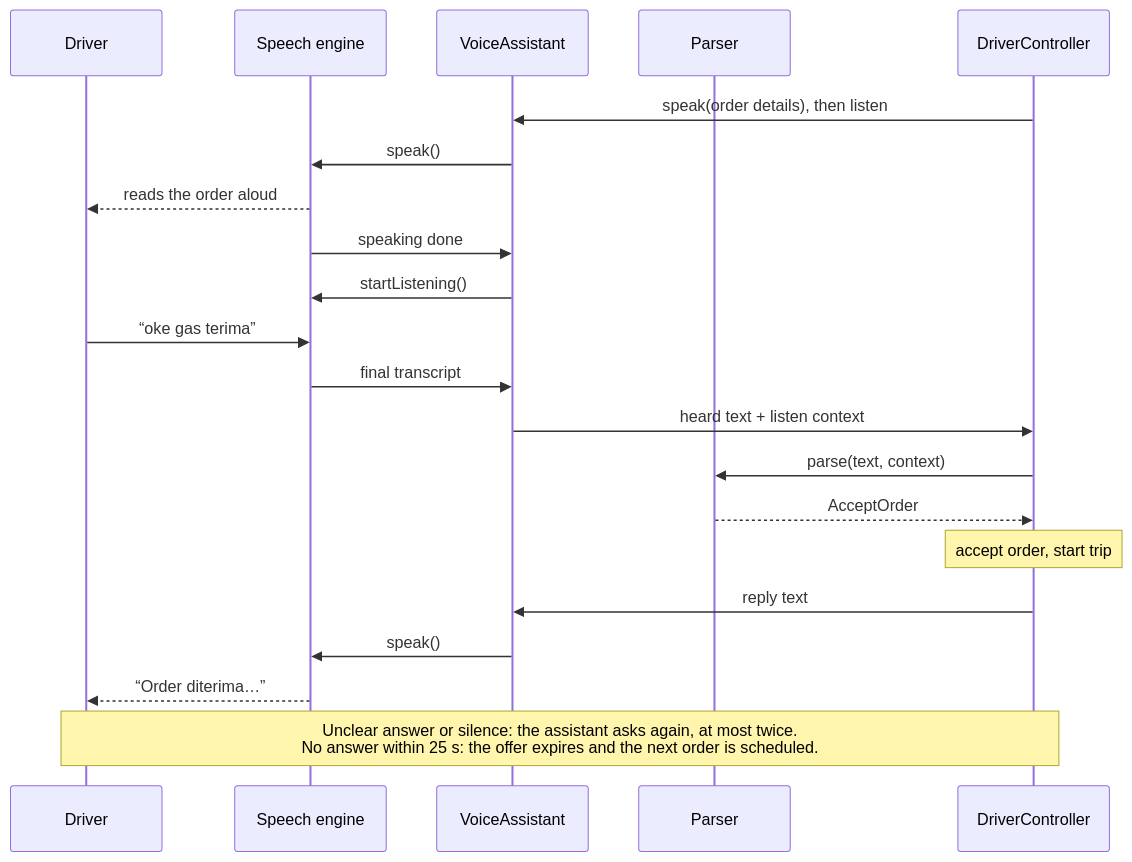
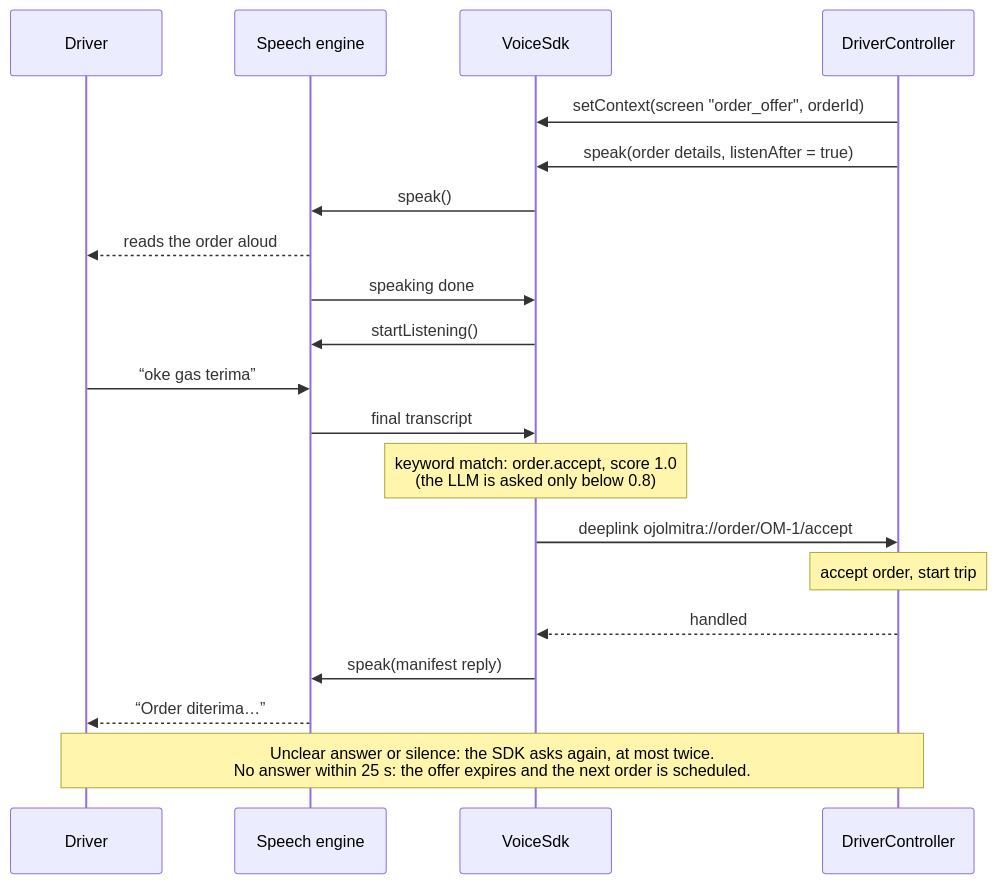
One commit to singgihsaputro/asbun-sdk changed the second of 5 diagrams in README.md. Above: the diagram before and after it, drawn with Mermaid. The commit also changed other lines of this file and 95 other files, not shown here.

First line of the commit message:
Implement the Voice Command SDK and move Ojol Mitra onto it

````diff
--- a/README.md
+++ b/README.md
@@ -129,23 +212,22 @@
 ```mermaid
 sequenceDiagram
     participant D as Driver
     participant E as Speech engine
-    participant A as VoiceAssistant
-    participant P as Parser
+    participant S as VoiceSdk
     participant C as DriverController
-    C->>A: speak(order details), then listen
-    A->>E: speak()
+    C->>S: setContext(screen "order_offer", orderId)
+    C->>S: speak(order details, listenAfter = true)
+    S->>E: speak()
     E-->>D: reads the order aloud
-    E->>A: speaking done
-    A->>E: startListening()
+    E->>S: speaking done
+    S->>E: startListening()
     D->>E: “oke gas terima”
-    E->>A: final transcript
-    A->>C: heard text + listen context
-    C->>P: parse(text, context)
-    P-->>C: AcceptOrder
+    E->>S: final transcript
+    Note over S: keyword match: order.accept, score 1.0<br/>(the LLM is asked only below 0.8)
+    S->>C: deeplink ojolmitra://order/OM-1/accept
     Note over C: accept order, start trip
-    C->>A: reply text
-    A->>E: speak()
+    C-->>S: handled
+    S->>E: speak(manifest reply)
     E-->>D: “Order diterima…”
-    Note over D,C: Unclear answer or silence: the assistant asks again, at most twice.<br/>No answer within 25 s: the offer expires and the next order is scheduled.
+    Note over D,C: Unclear answer or silence: the SDK asks again, at most twice.<br/>No answer within 25 s: the offer expires and the next order is scheduled.
 ```
````
